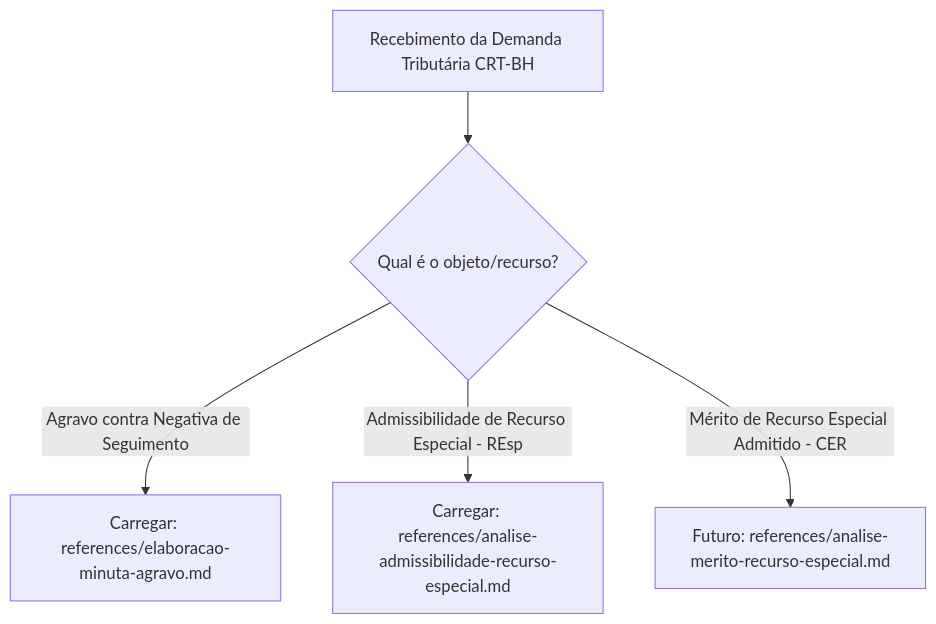
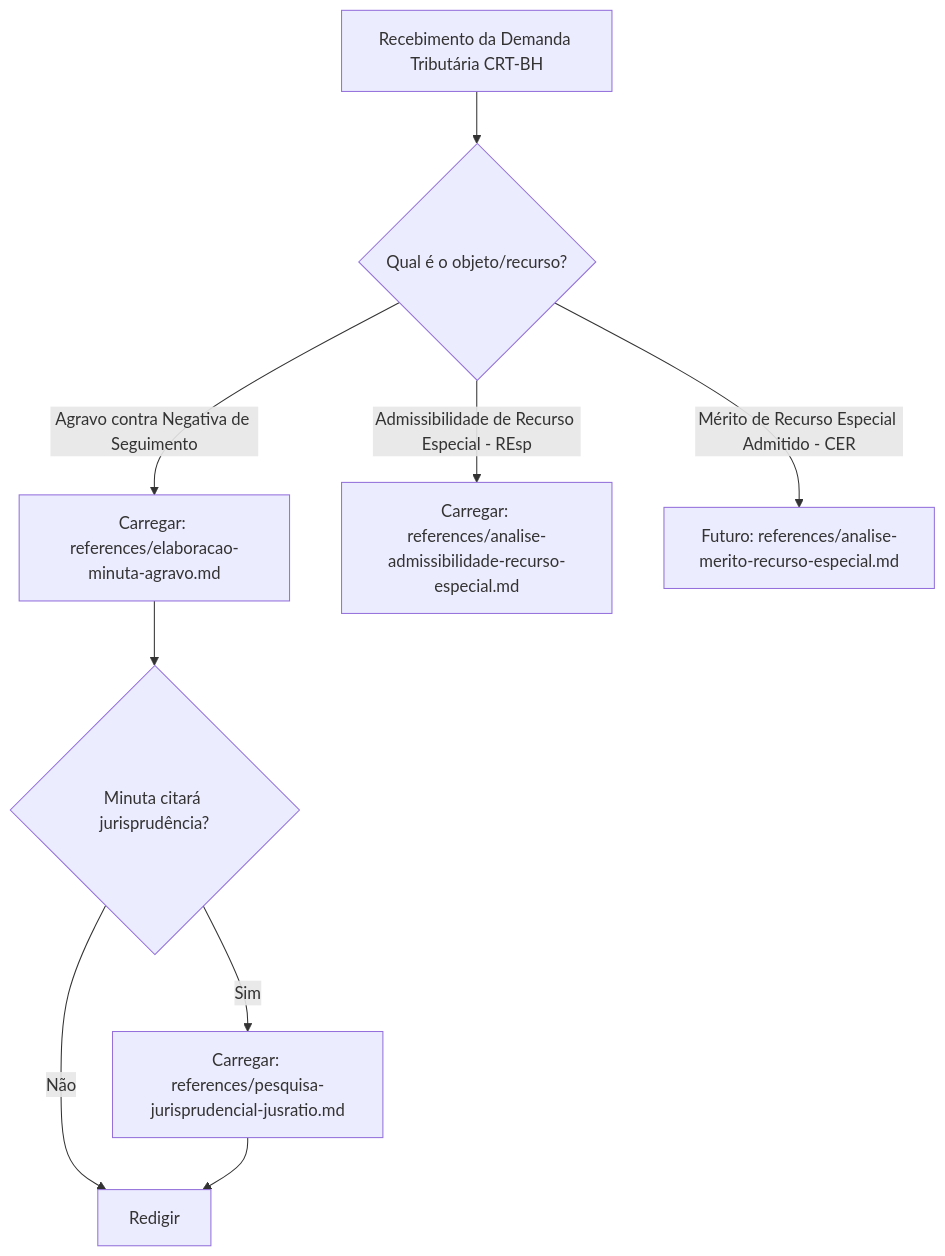
One commit to marceloid/conselheiro-crt-bh changed the diagram in SKILL.md. Above: the diagram before and after it, drawn with Mermaid. The commit also changed other lines of this file and 2 other files, not shown here.

Commit message:
Pesquisa jurisprudencial JusRatio: gate de validacao de precedentes (MCP check + fallback HTTP, ementa verbatim + inteiro teor ao Relator) + Caso C (notificacao eletronica presumida Decort-BH, AG 1094) + CTN c/c art. 327 CTM

````diff
--- a/SKILL.md
+++ b/SKILL.md
@@ -36,7 +36,11 @@
 ```mermaid
 graph TD
     A[Recebimento da Demanda Tributária CRT-BH] --> B{Qual é o objeto/recurso?}
     B -->|Agravo contra Negativa de Seguimento| C[Carregar: references/elaboracao-minuta-agravo.md]
     B -->|Admissibilidade de Recurso Especial - REsp| D[Carregar: references/analise-admissibilidade-recurso-especial.md]
     B -->|Mérito de Recurso Especial Admitido - CER| E[Futuro: references/analise-merito-recurso-especial.md]
+    C --> F{Minuta citará jurisprudência?}
+    F -->|Sim| G[Carregar: references/pesquisa-jurisprudencial-jusratio.md]
+    F -->|Não| H[Redigir]
+    G --> H
 ```
````
